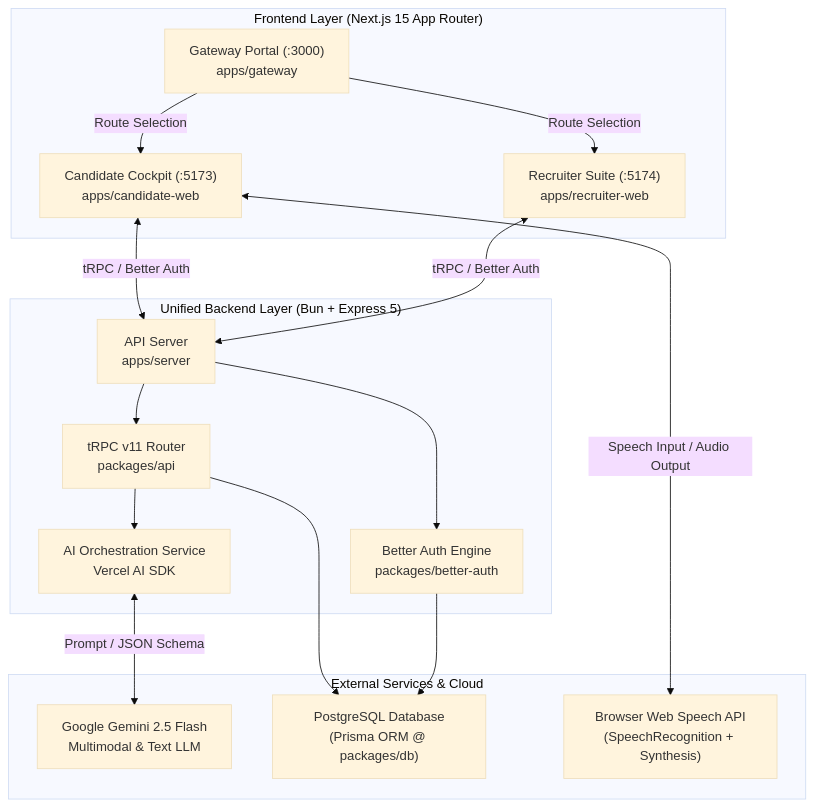
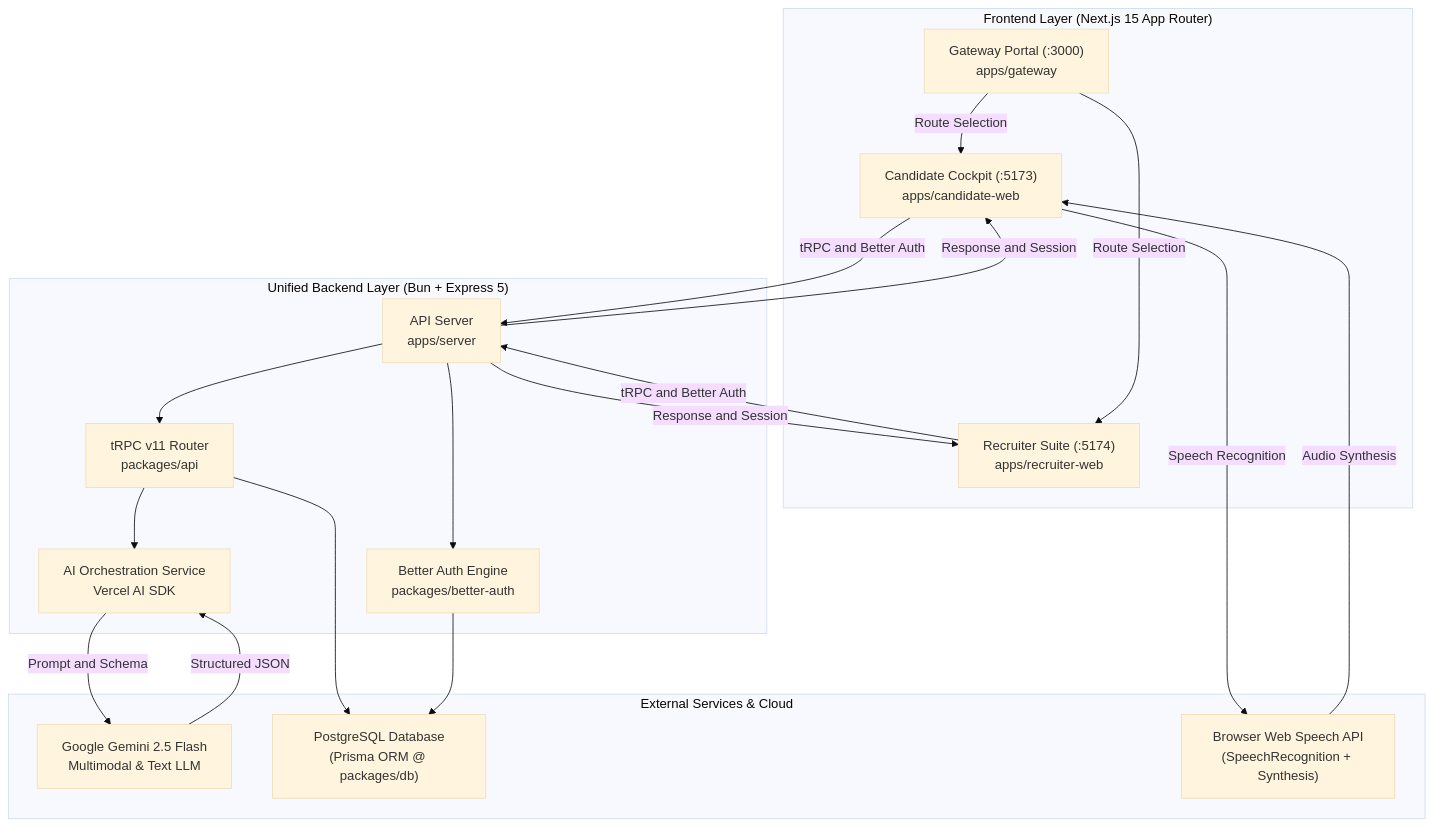
Before and after one commit to Suyog241005/interview.ai: the diagram in docs/architecture.md, drawn with Mermaid (base theme). The commit also changed 2 other files, not shown here.

Commit message:
fix(docs): resolve GitHub Mermaid parser errors across documentation diagrams

````diff
--- a/docs/architecture.md
+++ b/docs/architecture.md
@@ -7,36 +7,40 @@
 ```mermaid
 flowchart TB
     subgraph Clients["Frontend Layer (Next.js 15 App Router)"]
         GW["Gateway Portal (:3000)<br/>apps/gateway"]
         CW["Candidate Cockpit (:5173)<br/>apps/candidate-web"]
         RW["Recruiter Suite (:5174)<br/>apps/recruiter-web"]
     end
 
     subgraph Backend["Unified Backend Layer (Bun + Express 5)"]
         SRV["API Server<br/>apps/server"]
         AUTH["Better Auth Engine<br/>packages/better-auth"]
         TRPC["tRPC v11 Router<br/>packages/api"]
         AISVC["AI Orchestration Service<br/>Vercel AI SDK"]
     end
 
     subgraph External["External Services & Cloud"]
         GEMINI["Google Gemini 2.5 Flash<br/>Multimodal & Text LLM"]
         PG["PostgreSQL Database<br/>(Prisma ORM @ packages/db)"]
         SPEECH["Browser Web Speech API<br/>(SpeechRecognition + Synthesis)"]
     end
 
     GW -->|Route Selection| CW
     GW -->|Route Selection| RW
 
-    CW <-->|tRPC / Better Auth| SRV
-    RW <-->|tRPC / Better Auth| SRV
+    CW -->|tRPC and Better Auth| SRV
+    SRV -->|Response and Session| CW
+    RW -->|tRPC and Better Auth| SRV
+    SRV -->|Response and Session| RW
 
-    CW <-->|Speech Input / Audio Output| SPEECH
+    CW -->|Speech Recognition| SPEECH
+    SPEECH -->|Audio Synthesis| CW
 
     SRV --> AUTH
     SRV --> TRPC
     TRPC --> AISVC
     TRPC --> PG
     AUTH --> PG
-    AISVC <-->|Prompt / JSON Schema| GEMINI
+    AISVC -->|Prompt and Schema| GEMINI
+    GEMINI -->|Structured JSON| AISVC
 ```
````
